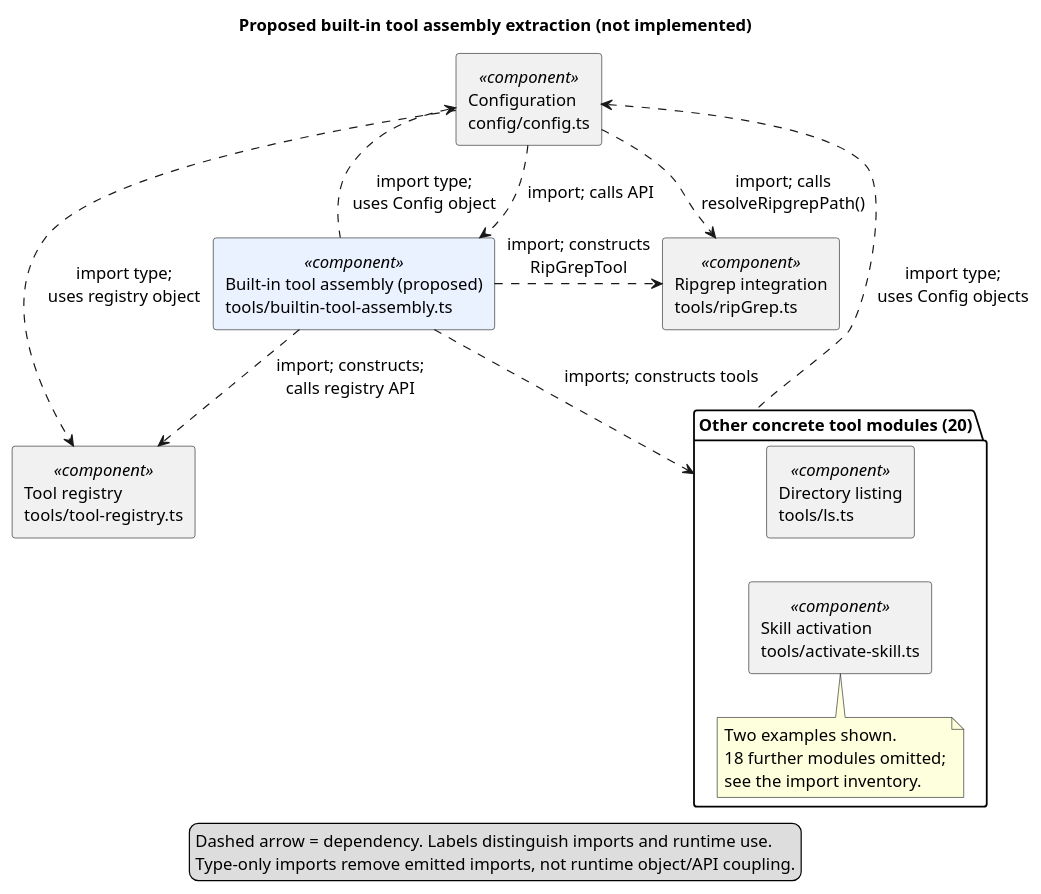
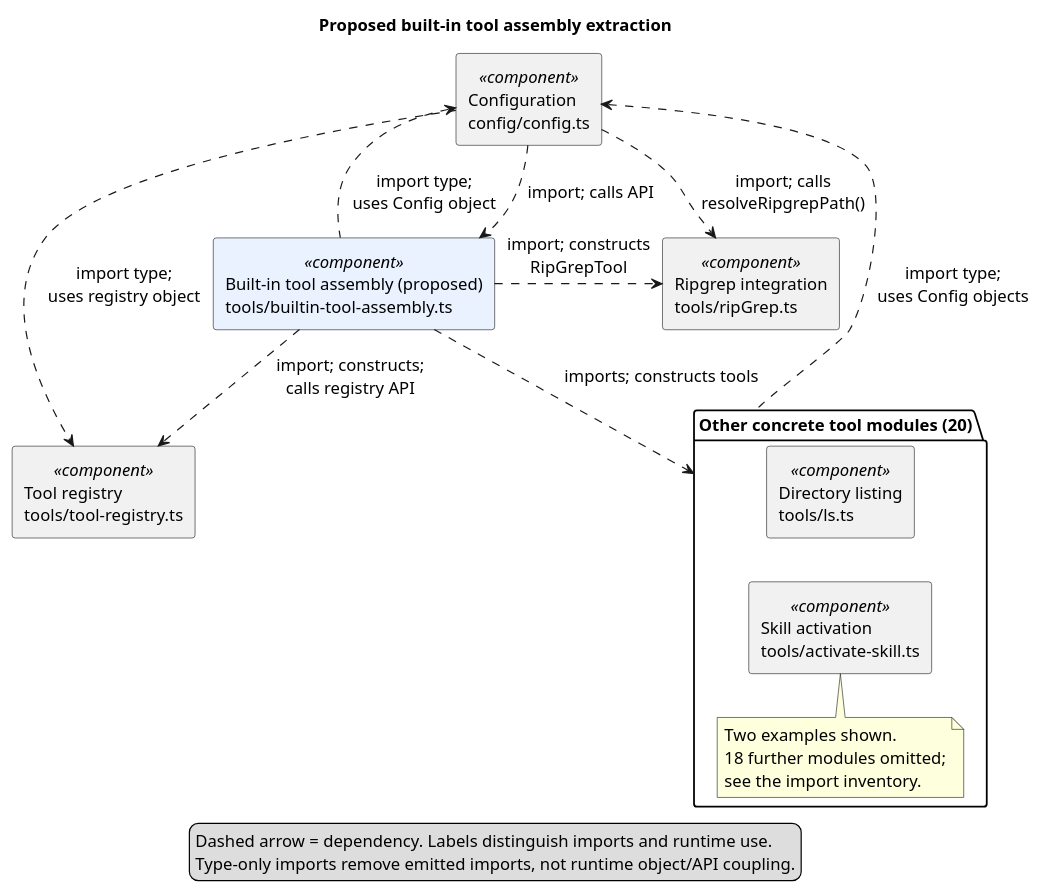
One commit to konklewski/gemini-cli-capstone-analysis changed the diagram in Final/Quality/improvements/config-factory/config-tool-assembly-proposal.puml. Above: the diagram before and after it, drawn with PlantUML. The commit also changed 3 other files, not shown here.

Commit message:
Shorten Config assembly diagram title

```diff
--- a/Final/Quality/improvements/config-factory/config-tool-assembly-proposal.puml
+++ b/Final/Quality/improvements/config-factory/config-tool-assembly-proposal.puml
@@ -1,40 +1,40 @@
 @startuml
 !pragma layout smetana
-title Proposed built-in tool assembly extraction (not implemented)
+title Proposed built-in tool assembly extraction
 skinparam shadowing false
 skinparam componentStyle rectangle
 skinparam defaultFontSize 14
 skinparam nodesep 20
 skinparam ranksep 30
 top to bottom direction
 
 component "Configuration\nconfig/config.ts" as Config <<component>>
 component "Built-in tool assembly (proposed)\ntools/builtin-tool-assembly.ts" as Assembly <<component>> #EAF2FF
 component "Tool registry\ntools/tool-registry.ts" as Registry <<component>>
 component "Ripgrep integration\ntools/ripGrep.ts" as Ripgrep <<component>>
 
 package "Other concrete tool modules (20)" as Tools {
   component "Directory listing\ntools/ls.ts" as Listing <<component>>
   component "Skill activation\ntools/activate-skill.ts" as Skills <<component>>
   Listing -[hidden]down-> Skills
   note bottom of Skills
     Two examples shown.
     18 further modules omitted;
     see the import inventory.
   end note
 }
 
 Config -[dashed]down-> Assembly : import; calls API
 Assembly -[dashed]up-> Config : import type;\nuses Config object
 Config -[dashed]down-> Registry : import type;\nuses registry object
 Assembly -[dashed]down-> Registry : import; constructs;\ncalls registry API
 Config -[dashed]right-> Ripgrep : import; calls\nresolveRipgrepPath()
 Assembly -[dashed]right-> Ripgrep : import; constructs\nRipGrepTool
 Assembly -[dashed]down-> Tools : imports; constructs tools
 Tools -[dashed]up-> Config : import type;\nuses Config objects
 
 legend bottom
   Dashed arrow = dependency. Labels distinguish imports and runtime use.
   Type-only imports remove emitted imports, not runtime object/API coupling.
 endlegend
 @enduml
```
